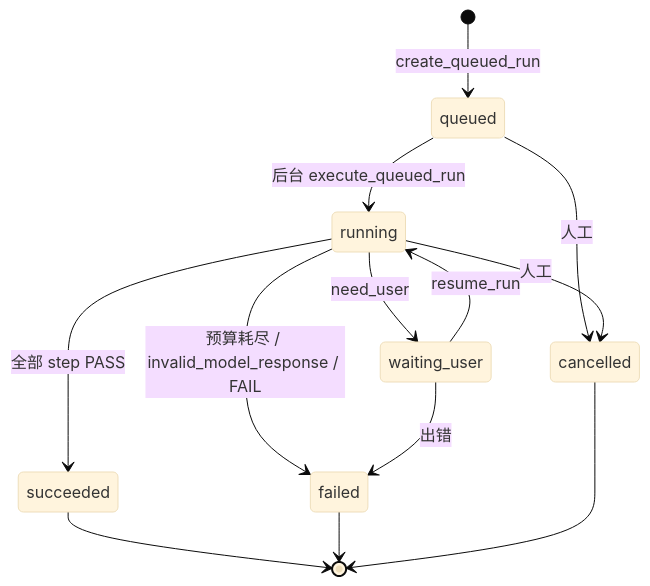
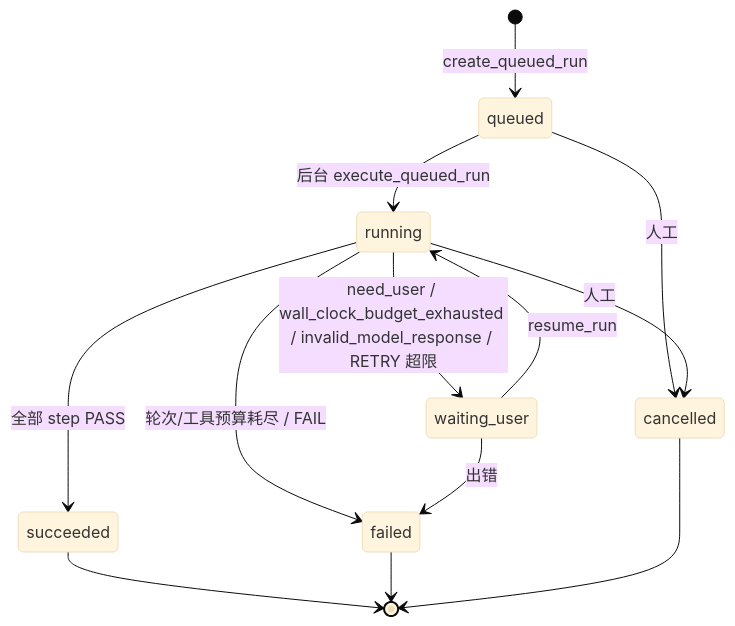
The second of 7 diagrams in docs/pev-agent-architecture.zh-CN.md (grefeer/pev-career-assistant), drawn with Mermaid (base theme) before and after one commit. The commit also changed other lines of this file and 3 other files, not shown here.

````diff
--- a/docs/pev-agent-architecture.zh-CN.md
+++ b/docs/pev-agent-architecture.zh-CN.md
@@ -180,15 +180,15 @@
 ```mermaid
 stateDiagram-v2
     [*] --> queued: create_queued_run
     queued --> running: 后台 execute_queued_run
     queued --> cancelled: 人工
-    running --> waiting_user: need_user
+    running --> waiting_user: need_user / wall_clock_budget_exhausted / invalid_model_response / RETRY 超限
     running --> succeeded: 全部 step PASS
-    running --> failed: 预算耗尽 / invalid_model_response / FAIL
+    running --> failed: 轮次/工具预算耗尽 / FAIL
     running --> cancelled: 人工
     waiting_user --> running: resume_run
     waiting_user --> failed: 出错
     succeeded --> [*]
     failed --> [*]
     cancelled --> [*]
 ```
````
